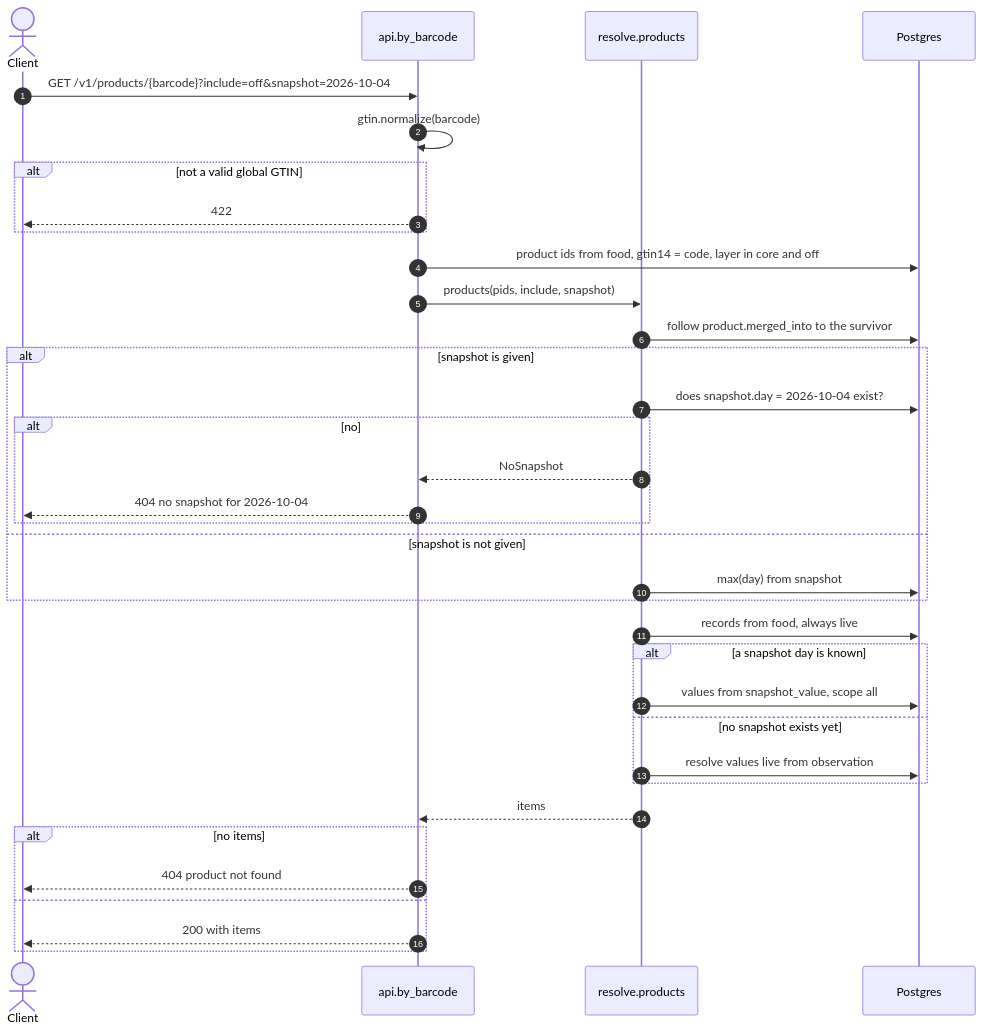
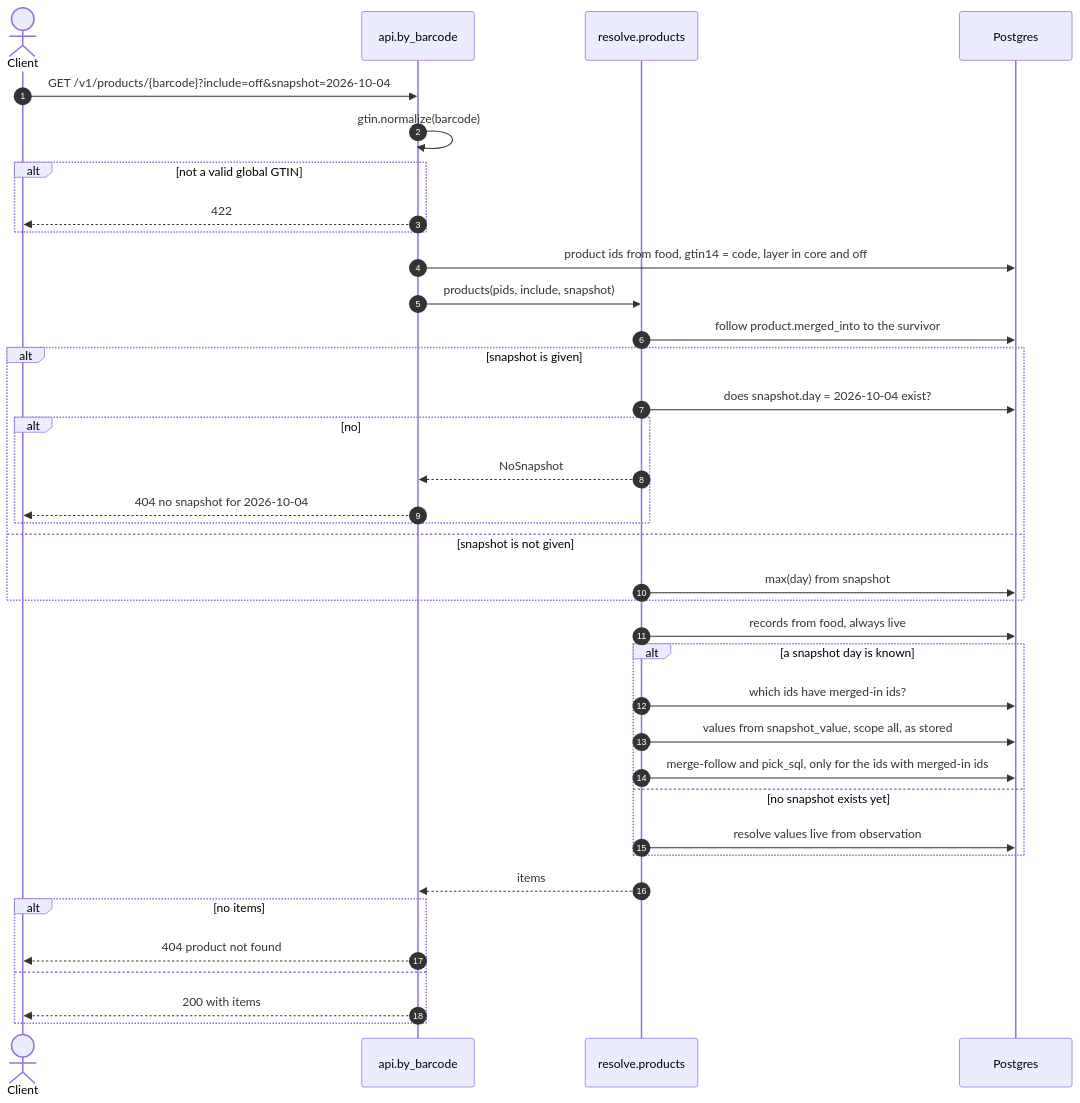
Diagram 12 of 19 in docs/architecture.md (eait-fit/fooddb), drawn with Mermaid before and after one commit. The commit also changed other lines of this file and 6 other files, not shown here.

````diff
--- a/docs/architecture.md
+++ b/docs/architecture.md
@@ -1046,37 +1054,39 @@
 ```mermaid
 sequenceDiagram
     autonumber
     actor Cl as Client
     participant A as api.by_barcode
     participant R as resolve.products
     participant P as Postgres
     Cl->>A: GET /v1/products/{barcode}?include=off&snapshot=2026-10-04
     A->>A: gtin.normalize(barcode)
     alt not a valid global GTIN
         A-->>Cl: 422
     end
     A->>P: product ids from food, gtin14 = code, layer in core and off
     A->>R: products(pids, include, snapshot)
     R->>P: follow product.merged_into to the survivor
     alt snapshot is given
         R->>P: does snapshot.day = 2026-10-04 exist?
         alt no
             R-->>A: NoSnapshot
             A-->>Cl: 404 no snapshot for 2026-10-04
         end
     else snapshot is not given
         R->>P: max(day) from snapshot
     end
     R->>P: records from food, always live
     alt a snapshot day is known
-        R->>P: values from snapshot_value, scope all
+        R->>P: which ids have merged-in ids?
+        R->>P: values from snapshot_value, scope all, as stored
+        R->>P: merge-follow and pick_sql, only for the ids with merged-in ids
     else no snapshot exists yet
         R->>P: resolve values live from observation
     end
     R-->>A: items
     alt no items
         A-->>Cl: 404 product not found
     else
         A-->>Cl: 200 with items
     end
 ```
````
